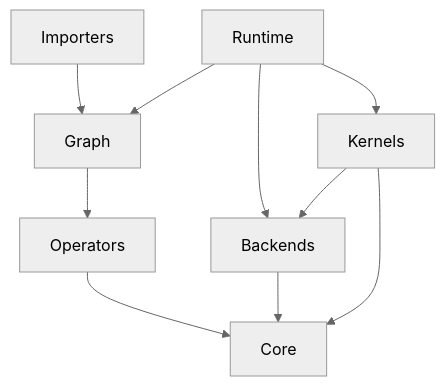
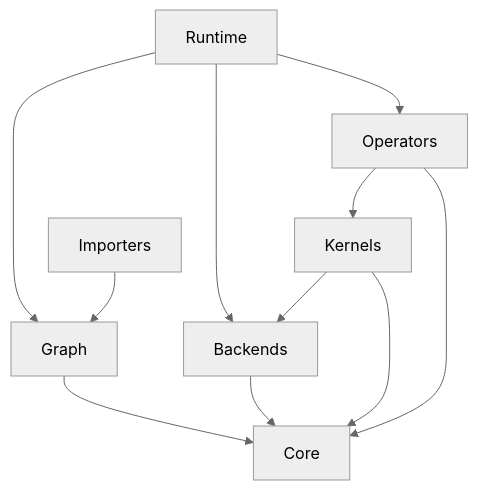
One commit to Aiziyou918/Mini-infer changed the diagram in PROJECT_STRUCTURE.md. Above: the diagram before and after it, drawn with Mermaid (neutral theme). The commit also changed other lines of this file and 4 other files, not shown here.

First line of the commit message:
docs: update documentation for plugin architecture

````diff
--- a/PROJECT_STRUCTURE.md
+++ b/PROJECT_STRUCTURE.md
@@ -115,12 +144,13 @@
 ```mermaid
 graph TD
     Runtime --> Graph
     Runtime --> Backends
-    Runtime --> Kernels
-    Graph --> Operators
+    Runtime --> Operators
+    Graph --> Core
+    Operators --> Kernels
     Operators --> Core
     Kernels --> Backends
     Kernels --> Core
     Backends --> Core
     Importers --> Graph
 ```
````
